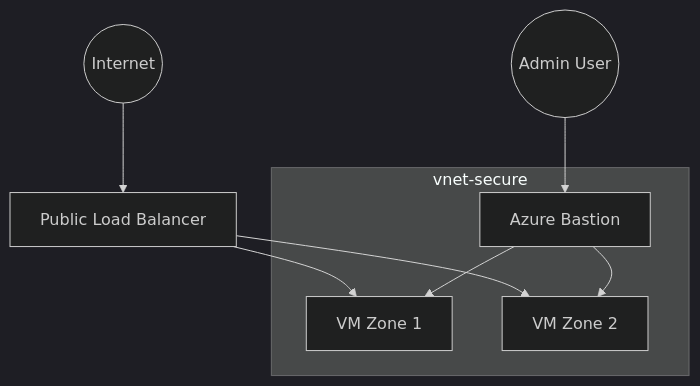
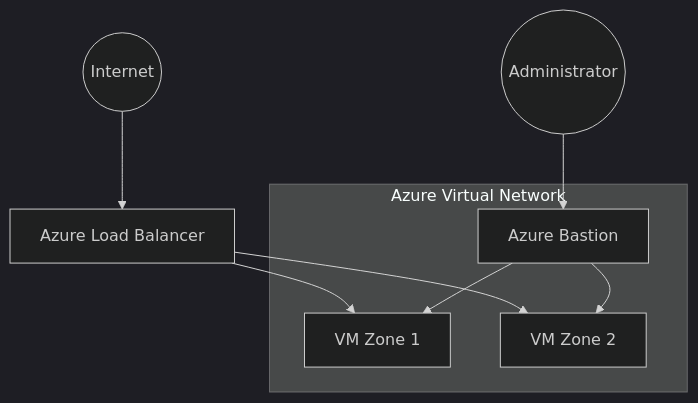
One commit to IbNdah/azure-secure-connectivity-architecture changed the diagram in README.md. Above: the diagram before and after it, drawn with Mermaid (dark theme). The commit also changed other lines of this file, not shown here.

````diff
--- a/README.md
+++ b/README.md
@@ -76,24 +64,31 @@
 ```mermaid
 flowchart TB
 
 Internet((Internet))
 
-LB[Public Load Balancer]
+LB[Azure Load Balancer]
 
-subgraph VNet[vnet-secure]
+subgraph Azure_VNet["Azure Virtual Network"]
 
 VM1[VM Zone 1]
+
 VM2[VM Zone 2]
 
 Bastion[Azure Bastion]
 
 end
 
 Internet --> LB
+
 LB --> VM1
+
 LB --> VM2
 
-Admin((Admin User)) --> Bastion
+Admin((Administrator))
+
+Admin --> Bastion
+
 Bastion --> VM1
+
 Bastion --> VM2
 ```
````
